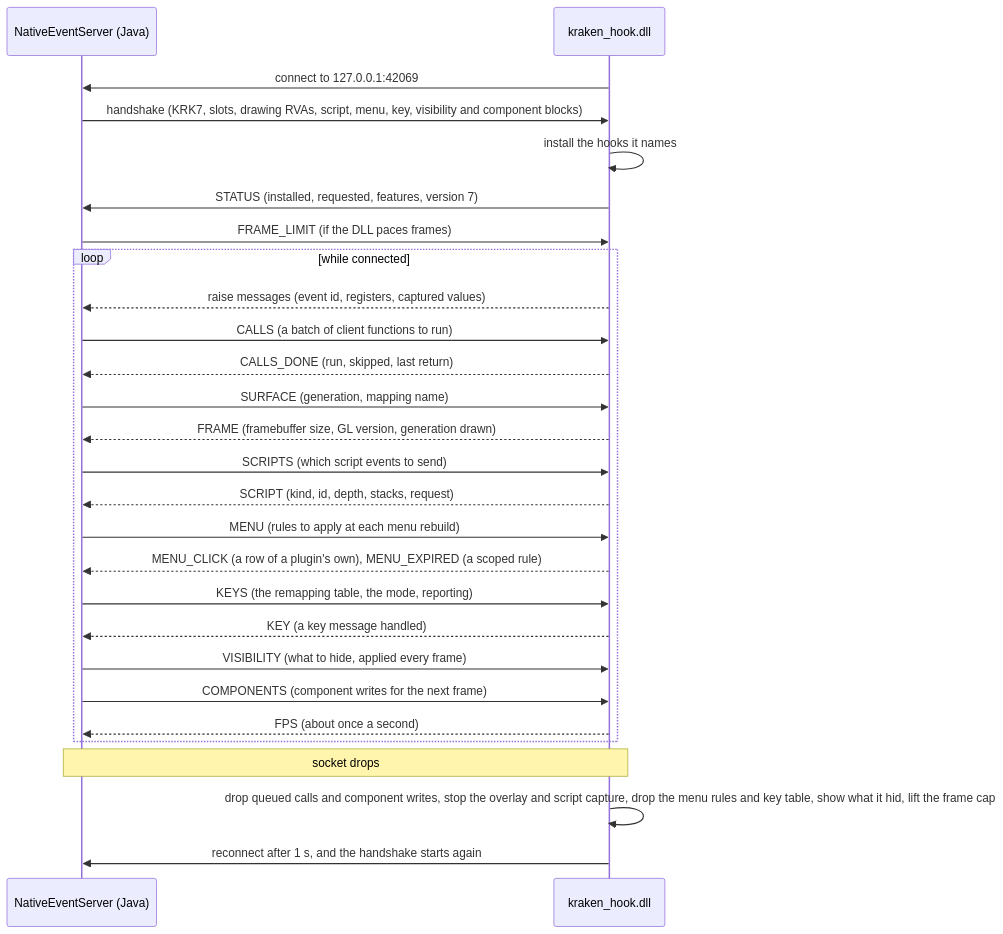
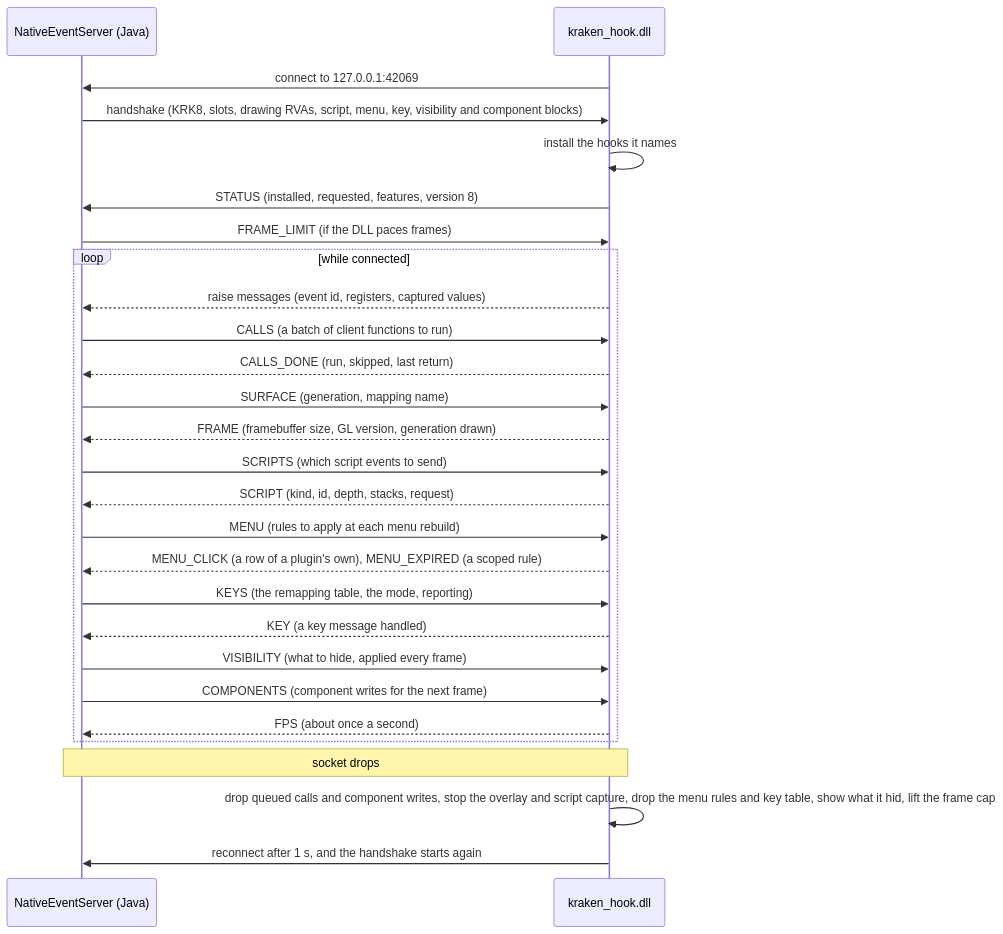
One commit to Kraken-Plugins/kraken-native changed the diagram in docs/developer/native-protocol.md. Above: the diagram before and after it, drawn with Mermaid. The commit also changed other lines of this file and 78 other files, not shown here.

````diff
--- a/docs/developer/native-protocol.md
+++ b/docs/developer/native-protocol.md
@@ -16,29 +16,29 @@
 ```mermaid
 sequenceDiagram
     participant J as NativeEventServer (Java)
     participant D as kraken_hook.dll
     D->>J: connect to 127.0.0.1:42069
-    J->>D: handshake (KRK7, slots, drawing RVAs, script, menu, key, visibility and component blocks)
+    J->>D: handshake (KRK8, slots, drawing RVAs, script, menu, key, visibility and component blocks)
     D->>D: install the hooks it names
-    D->>J: STATUS (installed, requested, features, version 7)
+    D->>J: STATUS (installed, requested, features, version 8)
     J->>D: FRAME_LIMIT (if the DLL paces frames)
     loop while connected
         D-->>J: raise messages (event id, registers, captured values)
         J->>D: CALLS (a batch of client functions to run)
         D-->>J: CALLS_DONE (run, skipped, last return)
         J->>D: SURFACE (generation, mapping name)
         D-->>J: FRAME (framebuffer size, GL version, generation drawn)
         J->>D: SCRIPTS (which script events to send)
         D-->>J: SCRIPT (kind, id, depth, stacks, request)
         J->>D: MENU (rules to apply at each menu rebuild)
         D-->>J: MENU_CLICK (a row of a plugin's own), MENU_EXPIRED (a scoped rule)
         J->>D: KEYS (the remapping table, the mode, reporting)
         D-->>J: KEY (a key message handled)
         J->>D: VISIBILITY (what to hide, applied every frame)
         J->>D: COMPONENTS (component writes for the next frame)
         D-->>J: FPS (about once a second)
     end
     Note over J,D: socket drops
     D->>D: drop queued calls and component writes, stop the overlay and script capture, drop the menu rules and key table, show what it hid, lift the frame cap
     D->>J: reconnect after 1 s, and the handshake starts again
 ```
````
